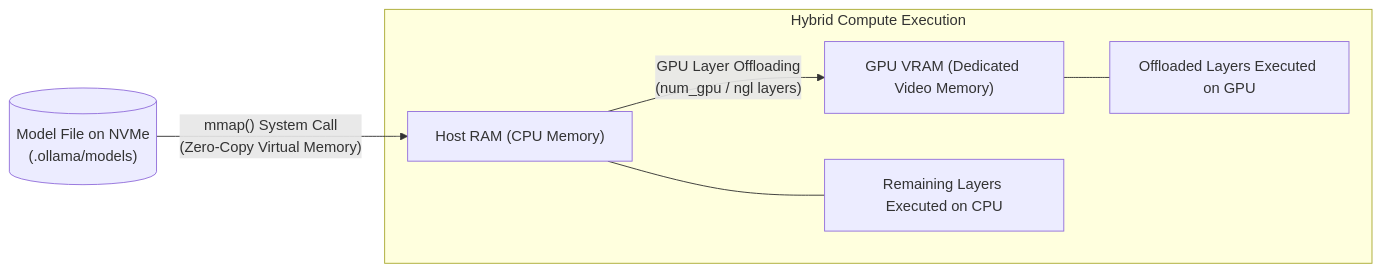
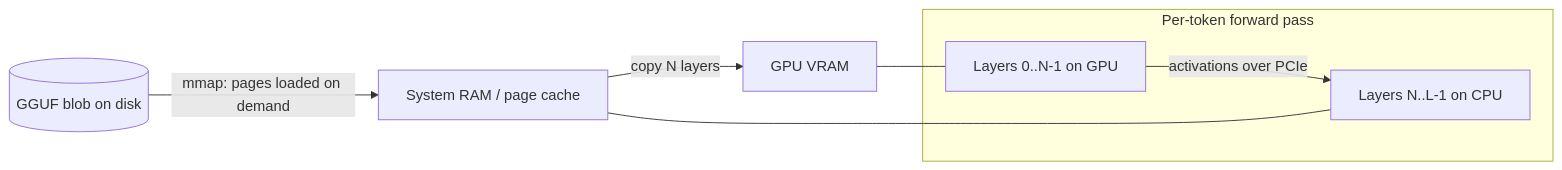
One commit to TheLearningHubOrg/learn-ollama changed the fifth of 31 diagrams in README.md. Above: the diagram before and after it, drawn with Mermaid. The commit also changed other lines of this file and 37 other files, not shown here.

````diff
--- a/README.md
+++ b/README.md
@@ -124,11 +575,10 @@
 ```mermaid
 flowchart LR
-    Disk[("Model File on NVMe\n(.ollama/models)")] -->|"mmap() System Call\n(Zero-Copy Virtual Memory)"| HostRAM["Host RAM (CPU Memory)"]
-    
-    HostRAM -->|"GPU Layer Offloading\n(num_gpu / ngl layers)"| VRAM["GPU VRAM (Dedicated Video Memory)"]
-    
-    subgraph ComputeSplit["Hybrid Compute Execution"]
-        HostRAM --- CPUCompute["Remaining Layers Executed on CPU"]
-        VRAM --- GPUCompute["Offloaded Layers Executed on GPU"]
+    Disk[("GGUF blob on disk")] -->|"mmap: pages loaded on demand"| RAM["System RAM / page cache"]
+    RAM -->|"copy N layers"| VRAM["GPU VRAM"]
+    subgraph Split["Per-token forward pass"]
+        G["Layers 0..N-1 on GPU"] -->|"activations over PCIe"| P["Layers N..L-1 on CPU"]
     end
+    VRAM --- G
+    RAM --- P
 ```
````
